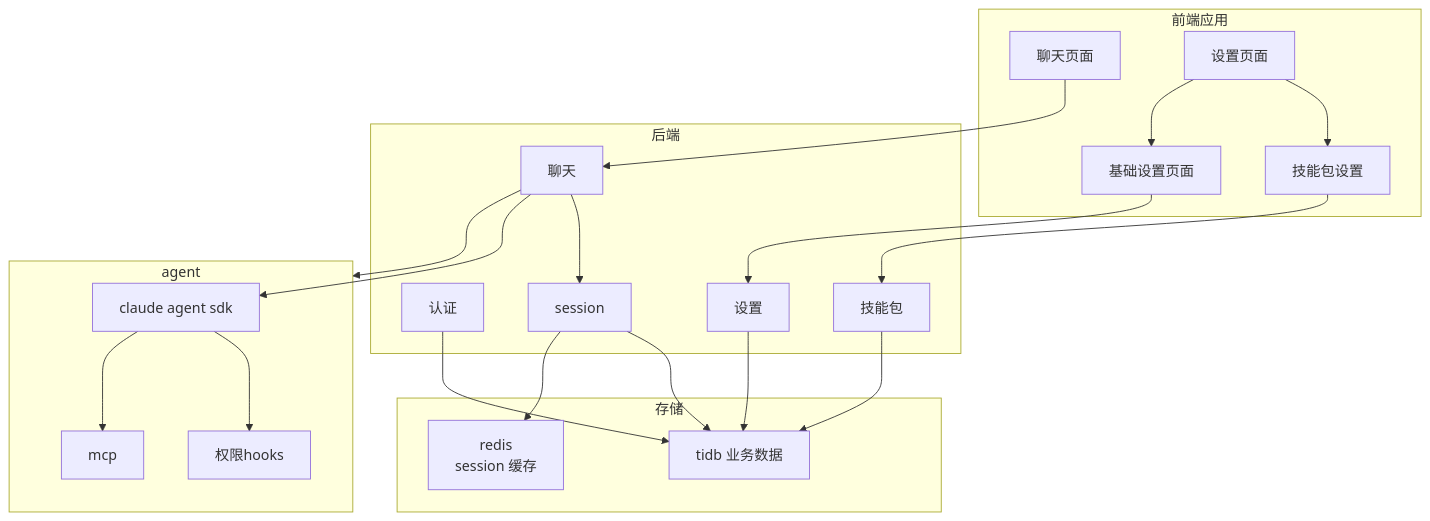
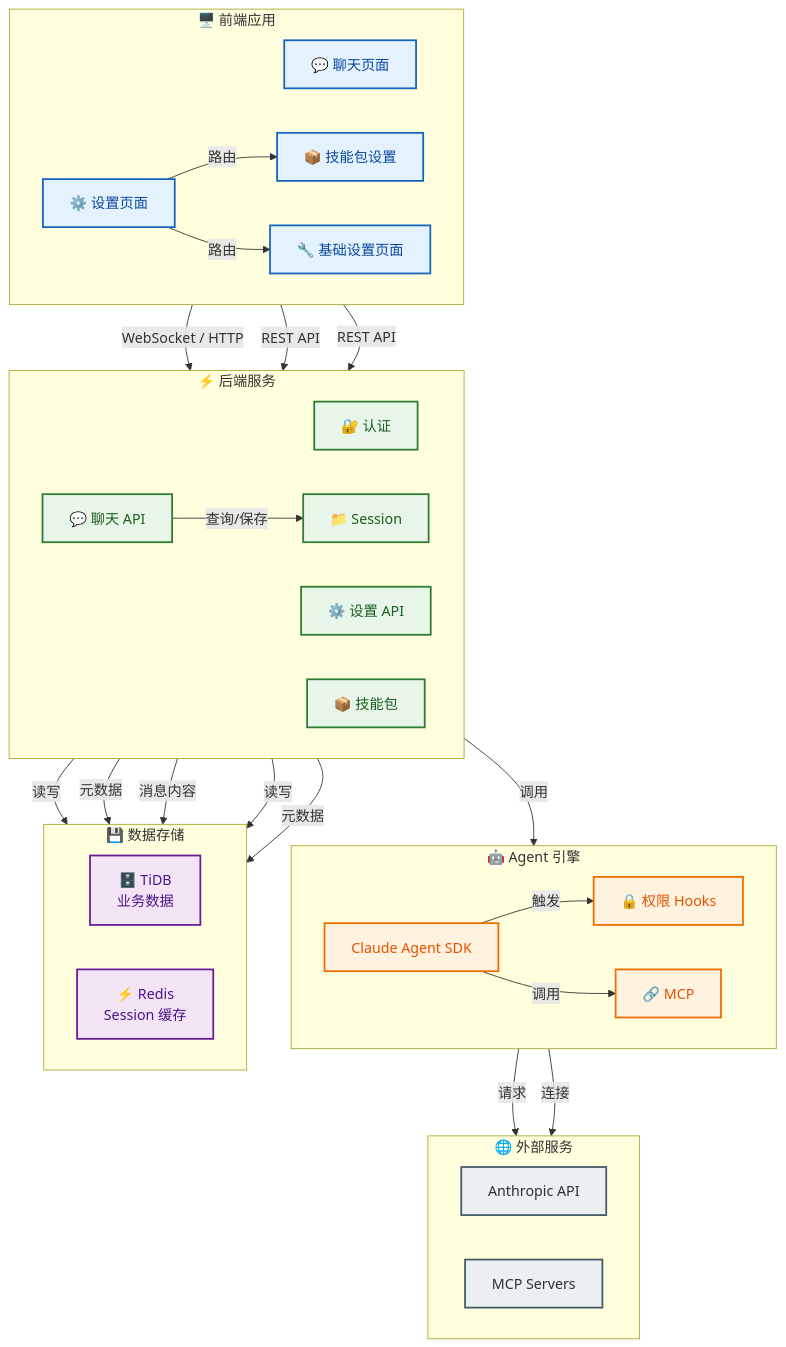
Before and after one commit to xiaocaipi/mm-doc: the second of 20 diagrams in agent/agent_project_design_1.md, drawn with Mermaid.

````diff
--- a/agent/agent_project_design_1.md
+++ b/agent/agent_project_design_1.md
@@ -174,46 +174,79 @@
 ```mermaid
 flowchart TB
-    subgraph FRONTEND["前端应用"]
-        CHAT["聊天页面"]
-        SETTINGS["设置页面"]
-        SKILL_SETTINGS["技能包设置"]
-        BASE_SETTINGS["基础设置页面"]
+    %% ========== 样式定义 ==========
+    classDef frontend fill:#e3f2fd,stroke:#1565c0,stroke-width:2px,color:#0d47a1
+    classDef backend fill:#e8f5e9,stroke:#2e7d32,stroke-width:2px,color:#1b5e20
+    classDef agent fill:#fff3e0,stroke:#ef6c00,stroke-width:2px,color:#e65100
+    classDef storage fill:#f3e5f5,stroke:#6a1b9a,stroke-width:2px,color:#4a148c
+    classDef external fill:#eceff1,stroke:#455a64,stroke-width:2px,color:#263238
+
+    %% ========== 前端应用层 ==========
+    subgraph FRONTEND["🖥️ 前端应用"]
+        direction LR
+        CHAT["💬 聊天页面"]
+        SETTINGS["⚙️ 设置页面"]
+        SKILL_SETTINGS["📦 技能包设置"]
+        BASE_SETTINGS["🔧 基础设置页面"]
     end
 
-    subgraph BACKEND["后端"]
-        AUTH["认证"]
-        CHAT_API["聊天"]
-        SESSION["session"]
-        SETTINGS_API["设置"]
-        SKILLS["技能包"]
+    %% ========== 后端服务层 ==========
+    subgraph BACKEND["⚡ 后端服务"]
+        direction LR
+        AUTH["🔐 认证"]
+        CHAT_API["💬 聊天 API"]
+        SESSION["📁 Session"]
+        SETTINGS_API["⚙️ 设置 API"]
+        SKILLS["📦 技能包"]
     end
 
-    subgraph AGENT["agent"]
-        SDK["claude agent sdk"]
-        HOOKS["权限hooks"]
-        MCP["mcp"]
+    %% ========== Agent 引擎层 ==========
+    subgraph AGENT_ENGINE["🤖 Agent 引擎"]
+        direction LR
+        SDK["Claude Agent SDK"]
+        HOOKS["🔒 权限 Hooks"]
+        MCP["🔗 MCP"]
     end
 
-    subgraph STORAGE["存储"]
-        TIDB["tidb 业务数据"]
-        REDIS["redis<br/>session 缓存"]
+    %% ========== 数据存储层 ==========
+    subgraph STORAGE["💾 数据存储"]
+        direction LR
+        TIDB["🗄️ TiDB<br/>业务数据"]
+        REDIS["⚡ Redis<br/>Session 缓存"]
     end
 
-    CHAT --> CHAT_API
-    SETTINGS --> SKILL_SETTINGS
-    SETTINGS --> BASE_SETTINGS
-    SKILL_SETTINGS --> SKILLS
-    BASE_SETTINGS --> SETTINGS_API
+    %% ========== 外部服务 ==========
+    subgraph EXTERNAL["🌐 外部服务"]
+        direction LR
+        ANTHROPIC["Anthropic API"]
+        MCP_SERVERS["MCP Servers"]
+    end
 
-    CHAT_API --> SESSION
-    CHAT_API --> AGENT
-    AUTH --> TIDB
-    SESSION --> TIDB
-    SESSION --> REDIS
-    SETTINGS_API --> TIDB
-    SKILLS --> TIDB
+    %% ========== 前端 → 后端 数据流 ==========
+    CHAT -->|"WebSocket / HTTP"| CHAT_API
+    SETTINGS -->|"路由"| SKILL_SETTINGS
+    SETTINGS -->|"路由"| BASE_SETTINGS
+    SKILL_SETTINGS -->|"REST API"| SKILLS
+    BASE_SETTINGS -->|"REST API"| SETTINGS_API
 
-    SDK --> HOOKS
-    SDK --> MCP
-    CHAT_API --> SDK
+    %% ========== 后端内部 数据流 ==========
+    CHAT_API -->|"查询/保存"| SESSION
+    CHAT_API -->|"调用"| SDK
+    AUTH -->|"读写"| TIDB
+    SESSION -->|"元数据"| TIDB
+    SESSION -->|"消息内容"| REDIS
+    SETTINGS_API -->|"读写"| TIDB
+    SKILLS -->|"元数据"| TIDB
+
+    %% ========== Agent 引擎 数据流 ==========
+    SDK -->|"触发"| HOOKS
+    SDK -->|"调用"| MCP
+    SDK -->|"请求"| ANTHROPIC
+    MCP -->|"连接"| MCP_SERVERS
+
+    %% ========== 样式绑定 ==========
+    class CHAT,SETTINGS,SKILL_SETTINGS,BASE_SETTINGS frontend
+    class AUTH,CHAT_API,SESSION,SETTINGS_API,SKILLS backend
+    class SDK,HOOKS,MCP agent
+    class TIDB,REDIS storage
+    class ANTHROPIC,MCP_SERVERS external
 ```
````
